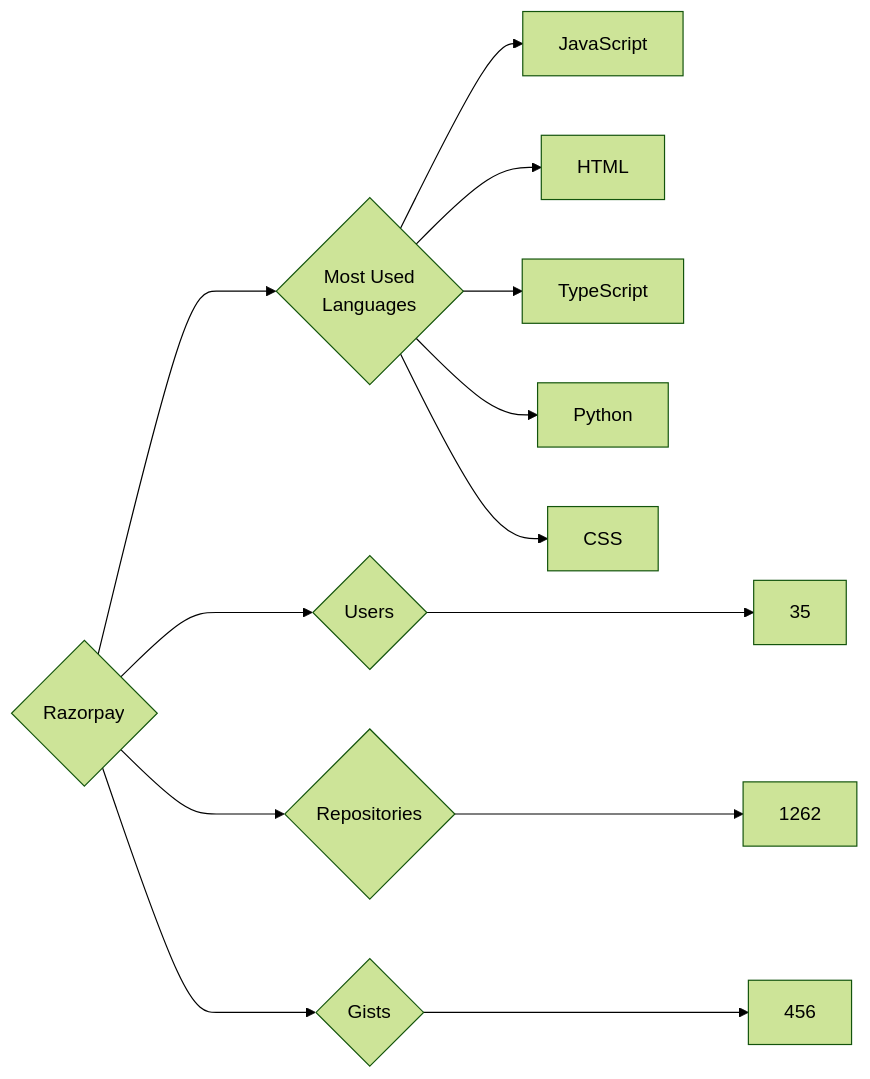
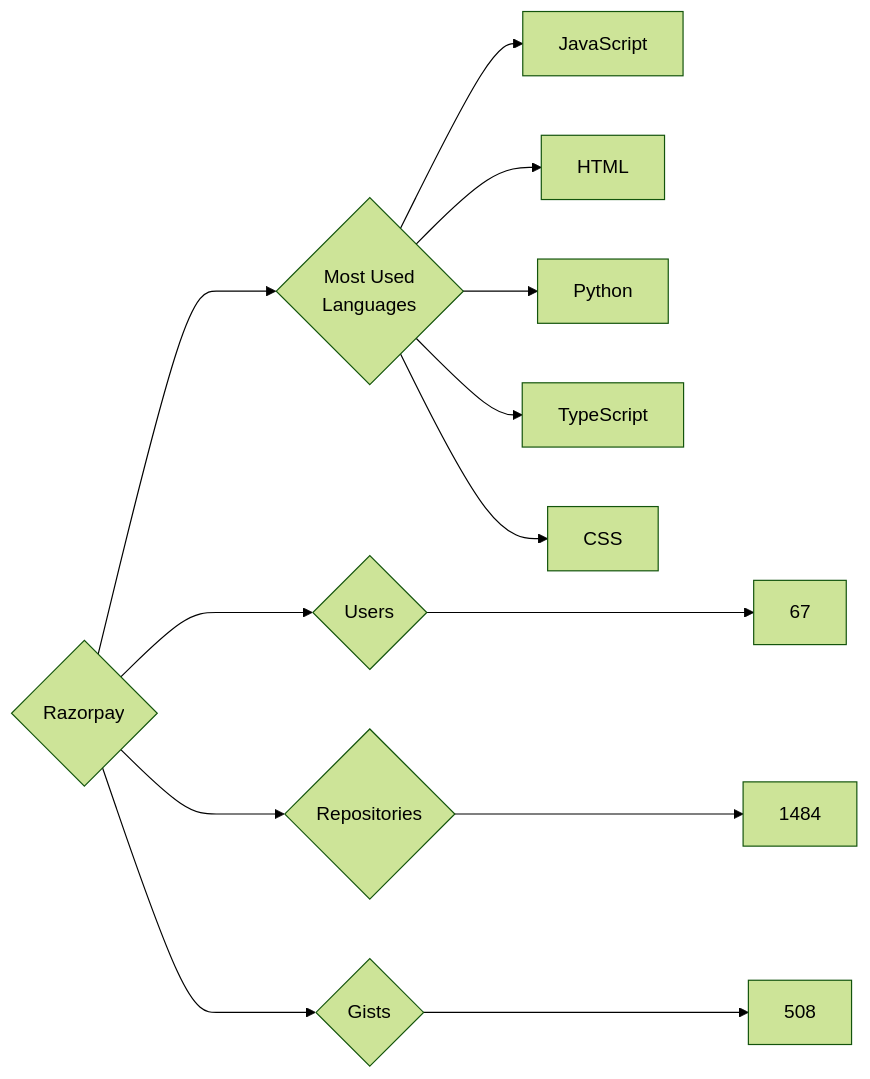
The diagram in targets/Razorpay/README.md (trickest/insiders), drawn with Mermaid (forest theme) before and after one commit. The commit also changed 878 other files, not shown here.

````diff
--- a/targets/Razorpay/README.md
+++ b/targets/Razorpay/README.md
@@ -3,13 +3,13 @@
 ```mermaid
 graph LR
 COMPANY_NAME{Razorpay}
-COMPANY_NAME ---> U{Users} ---> UN[35]
-COMPANY_NAME ---> R{Repositories} ---> RN[1262]
-COMPANY_NAME ---> G{Gists} ---> GN[456]
+COMPANY_NAME ---> U{Users} ---> UN[67]
+COMPANY_NAME ---> R{Repositories} ---> RN[1484]
+COMPANY_NAME ---> G{Gists} ---> GN[508]
 COMPANY_NAME ---> ML{Most Used<br>Languages}
 ML --> JavaScript[JavaScript]
 ML --> HTML[HTML]
+ML --> Python[Python]
 ML --> TypeScript[TypeScript]
-ML --> Python[Python]
 ML --> CSS[CSS]
 ```
````
